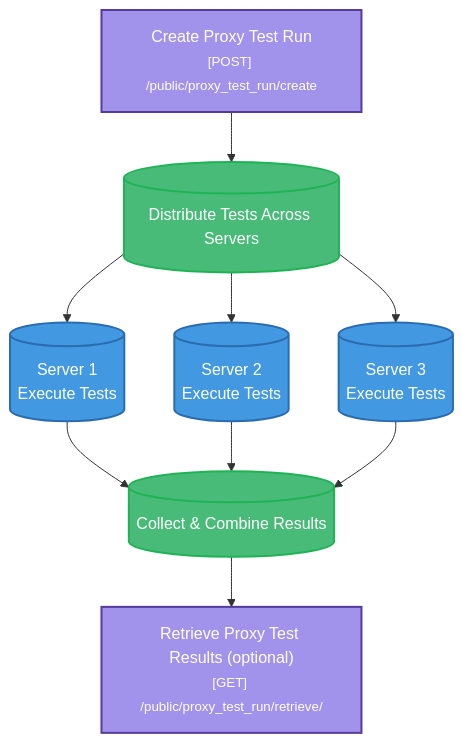
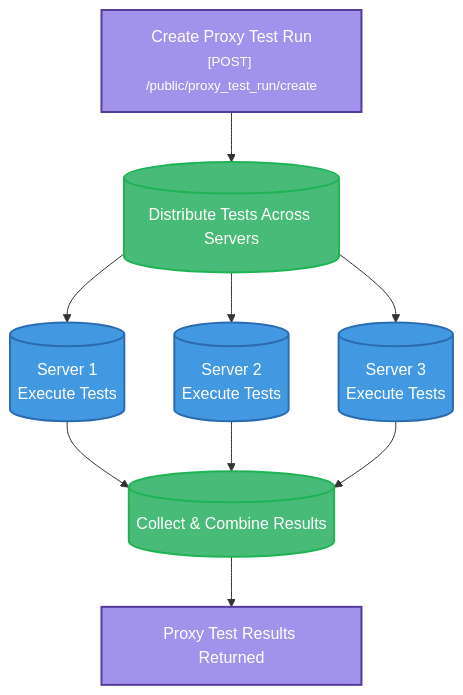
One commit to pingproxies/ping-proxies-public-api-docs changed the diagram in api-explainers/proxy-tester.mdx. Above: the diagram before and after it, drawn with Mermaid. The commit also changed other lines of this file and 4 other files, not shown here.

````diff
--- a/api-explainers/proxy-tester.mdx
+++ b/api-explainers/proxy-tester.mdx
@@ -8,24 +13,24 @@
 ```mermaid
 graph TD
     A["Create Proxy Test Run<br/><small>[POST] /public/proxy_test_run/create</small>"]:::userAction
     A --> B[("Distribute Tests Across Servers")]:::systemAction
     
     B --> C1[("Server 1<br/>Execute Tests")]:::serverAction
     B --> C2[("Server 2<br/>Execute Tests")]:::serverAction
     B --> C3[("Server 3<br/>Execute Tests")]:::serverAction
     
     C1 --> D[("Collect & Combine Results")]:::systemAction
     C2 --> D
     C3 --> D
     
-    D --> E["Retrieve Proxy Test Results (optional)<br/><small>[GET] /public/proxy_test_run/retrieve/</small>"]:::userAction
+    D --> E["Proxy Test Results Returned"]:::userAction
     
     %% User actions styled in purple
     classDef userAction fill:#A192EC,stroke:#553c9a,stroke-width:2px,color:#fff
     
     %% System actions styled as green clouds
     classDef systemAction fill:#48bb78,stroke:#1fb356,stroke-width:2px,color:#fff
     
     %% Server actions styled as blue clouds
     classDef serverAction fill:#4299e1,stroke:#2b6cb0,stroke-width:2px,color:#fff
 ```
````
